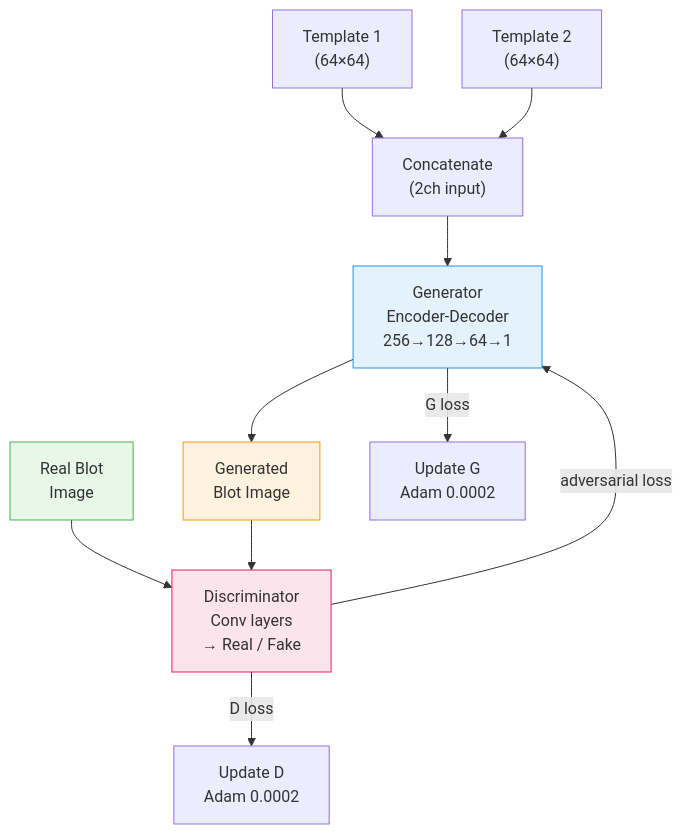
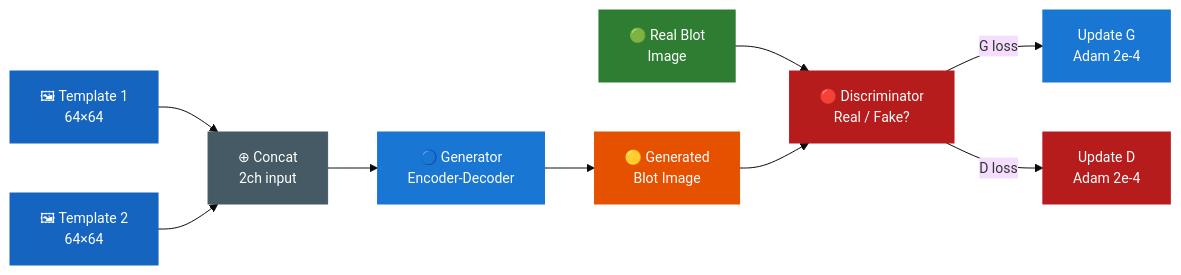
Before and after one commit to buttegggggggg/buttegggggggg.github.io: the fourth of 4 diagrams in DL.qmd, drawn with Mermaid. The commit also changed other lines of this file and 1 other file, not shown here.

First line of the commit message:
Fix Mermaid diagrams: dark fill/white text, <br/> line breaks, width-constrained

````diff
--- a/DL.qmd
+++ b/DL.qmd
@@ -408,19 +457,31 @@
 ```{mermaid}
-flowchart TB
-    T1["Template 1\n(64×64)"] --> CAT["Concatenate\n(2ch input)"]
-    T2["Template 2\n(64×64)"] --> CAT
-    CAT --> G["Generator\nEncoder-Decoder\n256→128→64→1"]
-    G --> FAKE["Generated\nBlot Image"]
+%%{init: {"theme": "base", "themeVariables": {"fontSize": "14px"}}}%%
+flowchart LR
+    T1["🖼 Template 1<br/>64×64"]
+    T2["🖼 Template 2<br/>64×64"]
+    CAT["⊕ Concat<br/>2ch input"]
+    G["🔵 Generator<br/>Encoder-Decoder"]
+    FAKE["🟡 Generated<br/>Blot Image"]
+    REAL["🟢 Real Blot<br/>Image"]
+    D["🔴 Discriminator<br/>Real / Fake?"]
+    UG["Update G<br/>Adam 2e-4"]
+    UD["Update D<br/>Adam 2e-4"]
 
-    REAL["Real Blot\nImage"] --> D
-    FAKE --> D["Discriminator\nConv layers\n→ Real / Fake"]
+    T1 --> CAT
+    T2 --> CAT
+    CAT --> G --> FAKE
+    REAL --> D
+    FAKE --> D
+    D -->|"G loss"| UG
+    D -->|"D loss"| UD
 
-    D -->|"adversarial loss"| G
-    D -->|"D loss"| UPDATE_D["Update D\nAdam 0.0002"]
-    G -->|"G loss"| UPDATE_G["Update G\nAdam 0.0002"]
-
-    style G fill:#e3f2fd,stroke:#2196F3
-    style D fill:#fce4ec,stroke:#E91E63
-    style FAKE fill:#fff3e0,stroke:#FF9800
-    style REAL fill:#e8f8e8,stroke:#4CAF50
+    style T1   fill:#1565C0,color:#fff,stroke:#1565C0
+    style T2   fill:#1565C0,color:#fff,stroke:#1565C0
+    style CAT  fill:#455A64,color:#fff,stroke:#455A64
+    style G    fill:#1976D2,color:#fff,stroke:#1976D2
+    style FAKE fill:#E65100,color:#fff,stroke:#E65100
+    style REAL fill:#2E7D32,color:#fff,stroke:#2E7D32
+    style D    fill:#B71C1C,color:#fff,stroke:#B71C1C
+    style UG   fill:#1976D2,color:#fff,stroke:#1976D2
+    style UD   fill:#B71C1C,color:#fff,stroke:#B71C1C
 ```
````
